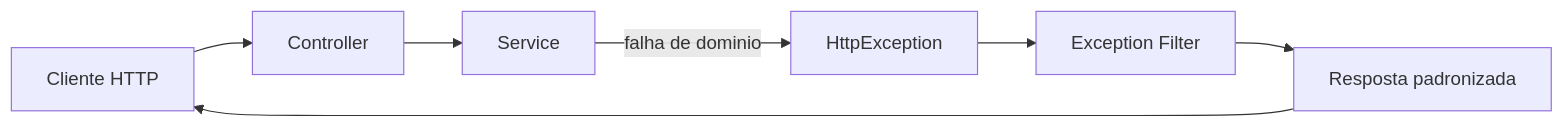
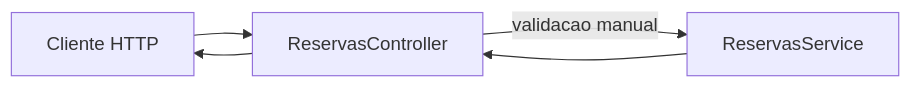
Before and after one commit to luciano-alexandre/desen-web-backend: the diagram in docs/encontros/encontro-09.md, drawn with Mermaid. The commit also changed other lines of this file and 5 other files, not shown here.

````diff
--- a/docs/encontros/encontro-09.md
+++ b/docs/encontros/encontro-09.md
@@ -113,9 +113,7 @@
 ```mermaid
 flowchart LR
-    C[Cliente HTTP] --> CT[Controller]
-    CT --> SV[Service]
-    SV -->|falha de dominio| EX[HttpException]
-    EX --> FL[Exception Filter]
-    FL --> R[Resposta padronizada]
-    R --> C
+    C[Cliente HTTP] --> CT[ReservasController]
+    CT -->|validacao manual| SV[ReservasService]
+    SV --> CT
+    CT --> C
 ```
````
